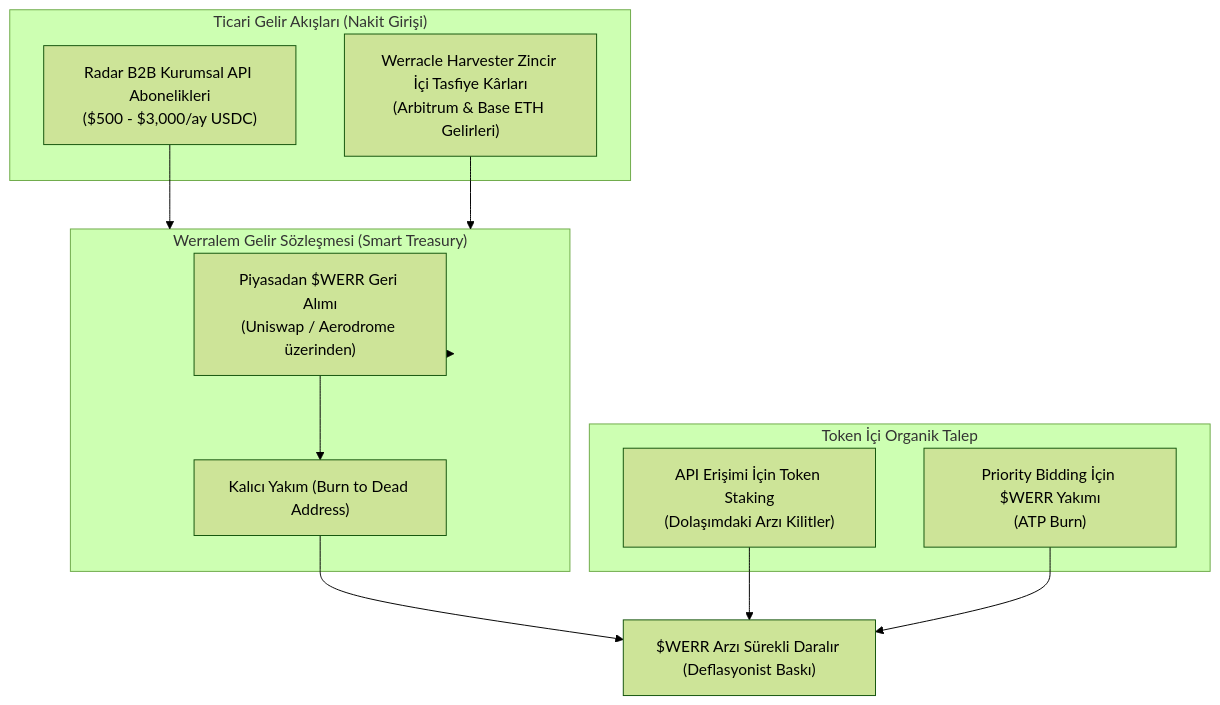
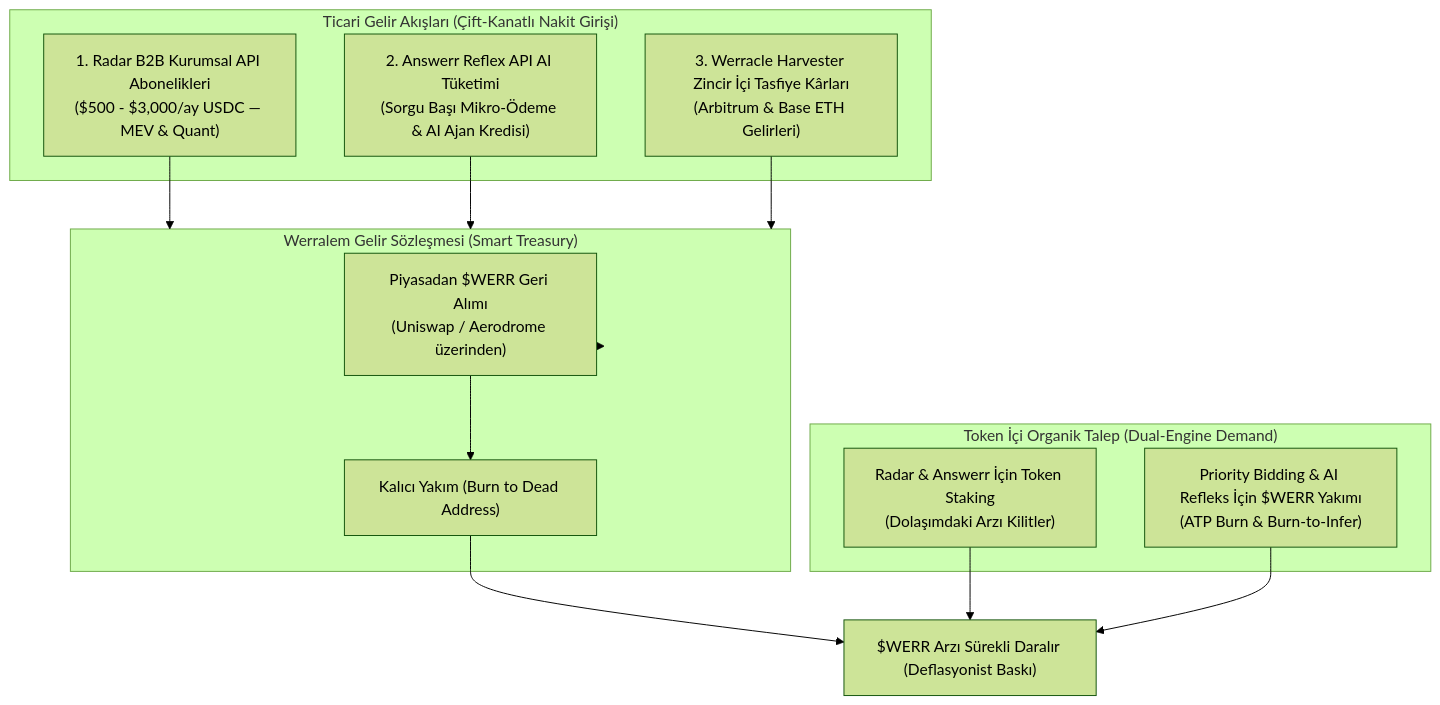
One commit to pCwOrM/werrealm changed the second of 2 diagrams in docs/STARTUP_BUSINESS_PLAN_AND_GTM.md. Above: the diagram before and after it, drawn with Mermaid (forest theme). The commit also changed other lines of this file and 6 other files, not shown here.

Commit message:
feat(phase1): complete Phase 1 milestone with Manifesto, Dual-API Gateway (Radar + Answerr), Werror Engine, and verified WerriumToken compilation

````diff
--- a/docs/STARTUP_BUSINESS_PLAN_AND_GTM.md
+++ b/docs/STARTUP_BUSINESS_PLAN_AND_GTM.md
@@ -67,25 +67,27 @@
 ```mermaid
 flowchart TD
-    subgraph REVENUE["Ticari Gelir Akışları (Nakit Girişi)"]
-        DaaS["Radar B2B Kurumsal API Abonelikleri\n($500 - $3,000/ay USDC)"]
-        MEV["Werracle Harvester Zincir İçi Tasfiye Kârları\n(Arbitrum & Base ETH Gelirleri)"]
+    subgraph REVENUE["Ticari Gelir Akışları (Çift-Kanatlı Nakit Girişi)"]
+        DaaS["1. Radar B2B Kurumsal API Abonelikleri\n($500 - $3,000/ay USDC — MEV & Quant)"]
+        ANSWERR_REV["2. Answerr Reflex API AI Tüketimi\n(Sorgu Başı Mikro-Ödeme & AI Ajan Kredisi)"]
+        MEV["3. Werracle Harvester Zincir İçi Tasfiye Kârları\n(Arbitrum & Base ETH Gelirleri)"]
     end
 
     subgraph VAULT["Werralem Gelir Sözleşmesi (Smart Treasury)"]
         BUYBACK["Piyasadan $WERR Geri Alımı\n(Uniswap / Aerodrome üzerinden)"]
         BURN["Kalıcı Yakım (Burn to Dead Address)"]
     end
 
-    subgraph UTILITY["Token İçi Organik Talep"]
-        STAKE["API Erişimi İçin Token Staking\n(Dolaşımdaki Arzı Kilitler)"]
-        ATP["Priority Bidding İçin $WERR Yakımı\n(ATP Burn)"]
+    subgraph UTILITY["Token İçi Organik Talep (Dual-Engine Demand)"]
+        STAKE["Radar & Answerr İçin Token Staking\n(Dolaşımdaki Arzı Kilitler)"]
+        ATP["Priority Bidding & AI Refleks İçin $WERR Yakımı\n(ATP Burn & Burn-to-Infer)"]
     end
 
     DaaS --> VAULT
+    ANSWERR_REV --> VAULT
     MEV --> VAULT
     VAULT --> BUYBACK
     BUYBACK --> BURN
     BURN --> ULTRASOUND["$WERR Arzı Sürekli Daralır (Deflasyonist Baskı)"]
     STAKE --> ULTRASOUND
     ATP --> ULTRASOUND
 ```
````
